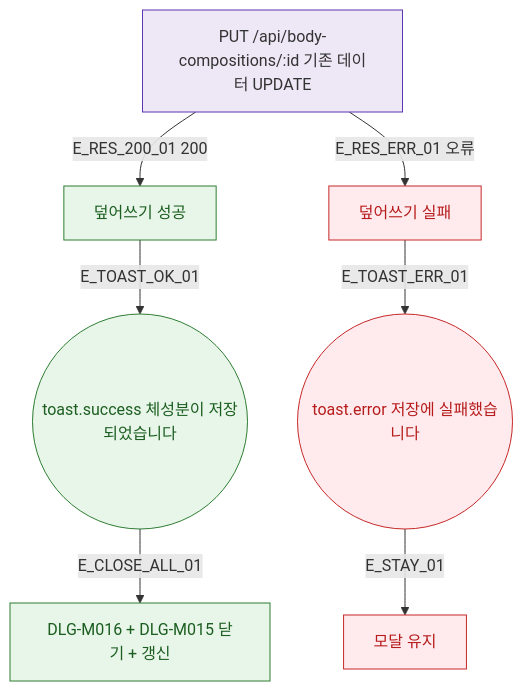
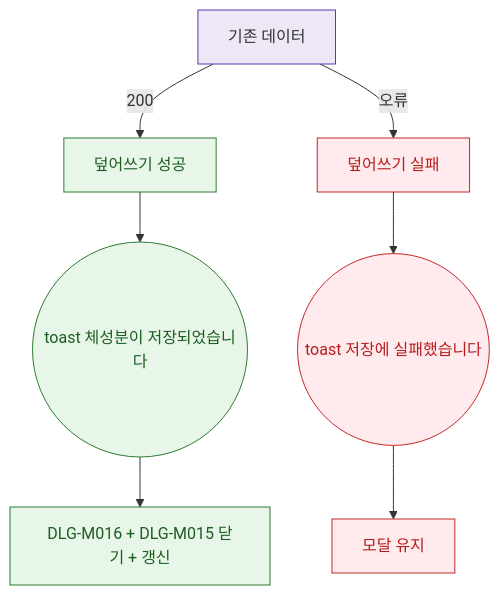
One commit to dev-spogym/admin-pando changed the diagram in docs/다이어그램/D02_회원관리/DLG/DLG-M016_체성분덮어쓰기/M3_결과분기.md. Above: the diagram before and after it, drawn with Mermaid. The commit also changed other lines of this file and 1660 other files, not shown here.

First line of the commit message:
다이어그램: 기획자/클라이언트 납품본으로 정리

````diff
--- a/docs/다이어그램/D02_회원관리/DLG/DLG-M016_체성분덮어쓰기/M3_결과분기.md
+++ b/docs/다이어그램/D02_회원관리/DLG/DLG-M016_체성분덮어쓰기/M3_결과분기.md
@@ -22,21 +20,21 @@
 ```mermaid
 flowchart TD
-  API[PUT /api/body-compositions/:id 기존 데이터 UPDATE]
+  API[기존 데이터]
 
-  API -->|E_RES_200_01 200| SUCCESS[덮어쓰기 성공]
-  API -->|E_RES_ERR_01 오류| FAIL[덮어쓰기 실패]
+  API -->|200|SUCCESS[덮어쓰기 성공]
+  API -->|오류|FAIL[덮어쓰기 실패]
 
-  SUCCESS -->|E_TOAST_OK_01| TOAST_OK((toast.success 체성분이 저장되었습니다))
-  TOAST_OK -->|E_CLOSE_ALL_01| CLOSE_ALL[DLG-M016 + DLG-M015 닫기 + 갱신]
+  SUCCESS --> TOAST_OK((toast 체성분이 저장되었습니다))
+  TOAST_OK --> CLOSE_ALL[DLG-M016 + DLG-M015 닫기 + 갱신]
 
-  FAIL -->|E_TOAST_ERR_01| TOAST_ERR((toast.error 저장에 실패했습니다))
-  TOAST_ERR -->|E_STAY_01| MODAL_STAY[모달 유지]
+  FAIL --> TOAST_ERR((toast 저장에 실패했습니다))
+  TOAST_ERR --> MODAL_STAY[모달 유지]
 
   classDef success fill:#E8F5E9,stroke:#2E7D32,color:#1B5E20
-  classDef error   fill:#FFEBEE,stroke:#C62828,color:#B71C1C
-  classDef system  fill:#EDE7F6,stroke:#5E35B2
+  classDef error fill:#FFEBEE,stroke:#C62828,color:#B71C1C
+  classDef system fill:#EDE7F6,stroke:#5E35B2
 
   class SUCCESS,TOAST_OK,CLOSE_ALL success
   class FAIL,TOAST_ERR,MODAL_STAY error
   class API system
 ```
````
